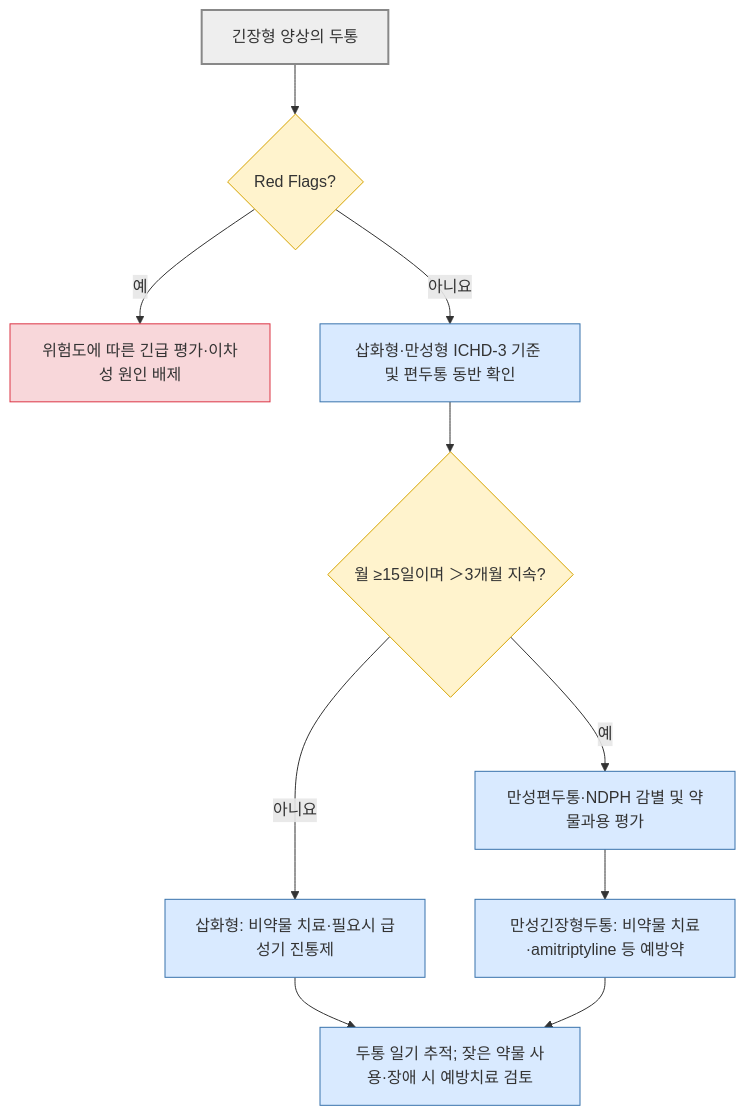
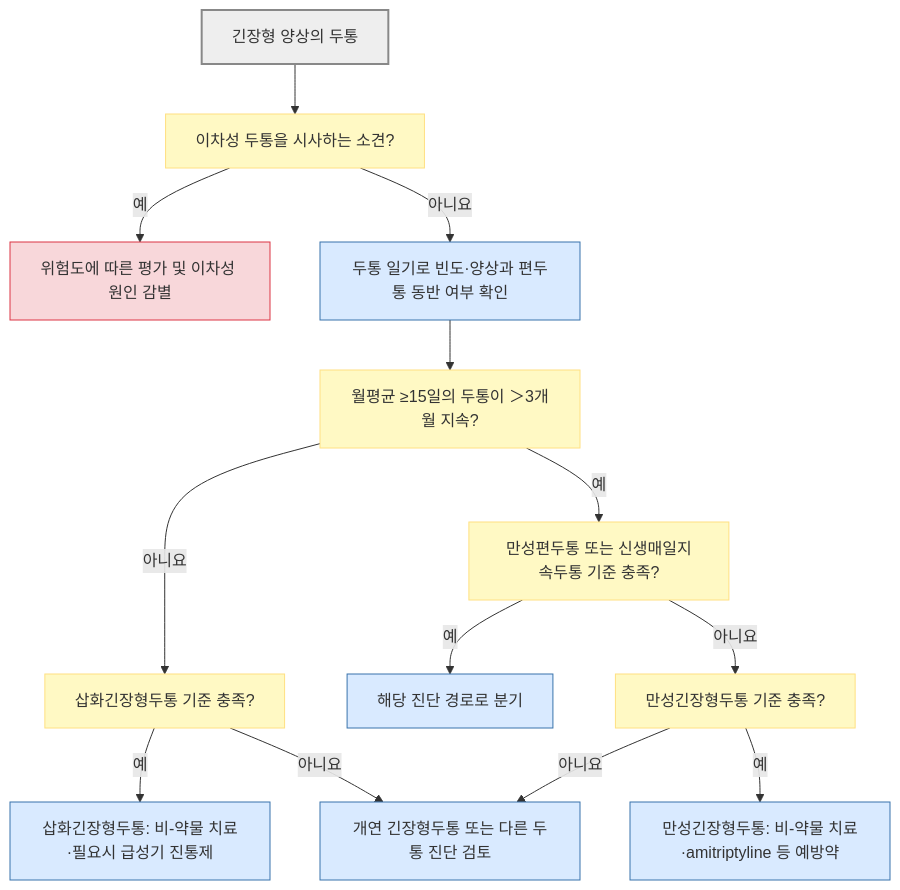
Before and after one commit to familyoh77/familyoh77: the diagram in 221_/017_-tension-type-headache.md, drawn with Mermaid. The commit also changed other lines of this file, not shown here.

````diff
--- a/221_/017_-tension-type-headache.md
+++ b/221_/017_-tension-type-headache.md
@@ -140,20 +154,22 @@
 ```mermaid
 flowchart TD
-    A["긴장형 양상의 두통"] --> B{"Red Flags?"}
-    B -- "예" --> C["위험도에 따른 긴급 평가·이차성 원인 배제"]
-    B -- "아니요" --> D["삽화형·만성형 ICHD-3 기준 및 편두통 동반 확인"]
-    D --> E{"월 ≥15일이며 ＞3개월 지속?"}
-    E -- "아니요" --> F["삽화형: 비약물 치료·필요시 급성기 진통제"]
-    E -- "예" --> G["만성편두통·NDPH 감별 및 약물과용 평가"]
-    G --> H["만성긴장형두통: 비약물 치료·amitriptyline 등 예방약"]
-    F --> I["두통 일기 추적; 잦은 약물 사용·장애 시 예방치료 검토"]
-    H --> I
-    classDef start fill:#eee,stroke:#888,stroke-width:2px;
-    classDef decision fill:#fff3cd,stroke:#d6a400;
-    classDef emergency fill:#f8d7da,stroke:#dc3545;
-    classDef care fill:#d9eaff,stroke:#3973ac;
-    class A start;
-    class B,E decision;
-    class C emergency;
-    class D,F,G,H,I care;
+    A["긴장형 양상의 두통"] --> B["이차성 두통을 시사하는 소견?"]
+    B -- "예" --> C["위험도에 따른 평가 및 이차성 원인 감별"]
+    B -- "아니요" --> D["두통 일기로 빈도·양상과 편두통 동반 여부 확인"]
+    D --> E["월평균 ≥15일의 두통이 ＞3개월 지속?"]
+    E -- "아니요" --> F["삽화긴장형두통 기준 충족?"]
+    F -- "예" --> G["삽화긴장형두통: 비-약물 치료·필요시 급성기 진통제"]
+    F -- "아니요" --> L["개연 긴장형두통 또는 다른 두통 진단 검토"]
+    E -- "예" --> H["만성편두통 또는 신생매일지속두통 기준 충족?"]
+    H -- "예" --> I["해당 진단 경로로 분기"]
+    H -- "아니요" --> J["만성긴장형두통 기준 충족?"]
+    J -- "예" --> K["만성긴장형두통: 비-약물 치료·amitriptyline 등 예방약"]
+    J -- "아니요" --> L
+    classDef question fill:#fff9c4,stroke:#ffe082
+    classDef emergency fill:#f8d7da,stroke:#dc3545
+    classDef care fill:#d9eaff,stroke:#3973ac
+    class B,E,F,H,J question
+    class C emergency
+    class D,G,I,K,L care
+    style A fill:#eeeeee,stroke:#888888,stroke-width:2px
 ```
````
